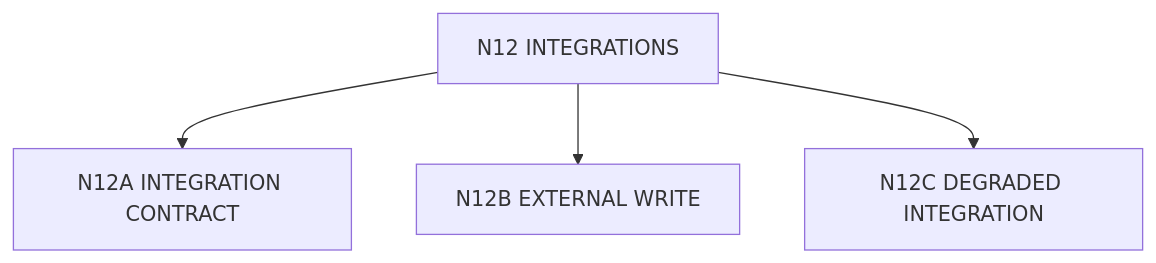
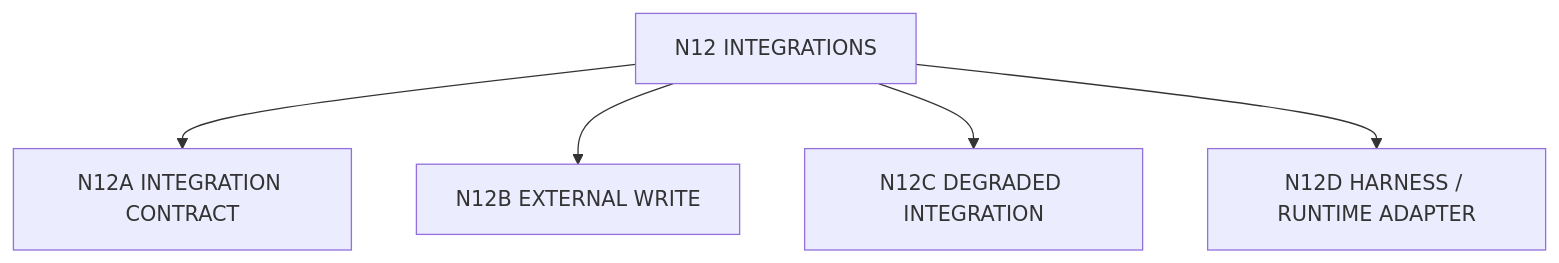
The third of 3 diagrams in product-docs/v0.3/nodes/N12_INTEGRATIONS.md (Jiaosong/Design), drawn with Mermaid before and after one commit. The commit also changed other lines of this file and 21 other files, not shown here.

Commit message:
Add OLEANDER execution fabric architecture v0.3.3 (#717)

````diff
--- a/product-docs/v0.3/nodes/N12_INTEGRATIONS.md
+++ b/product-docs/v0.3/nodes/N12_INTEGRATIONS.md
@@ -73,7 +79,8 @@
 ```mermaid
 flowchart TB
     P[N12 INTEGRATIONS]
     P --> N12A[N12A INTEGRATION CONTRACT]
     P --> N12B[N12B EXTERNAL WRITE]
     P --> N12C[N12C DEGRADED INTEGRATION]
+    P --> N12D[N12D HARNESS / RUNTIME ADAPTER]
 ```
````
